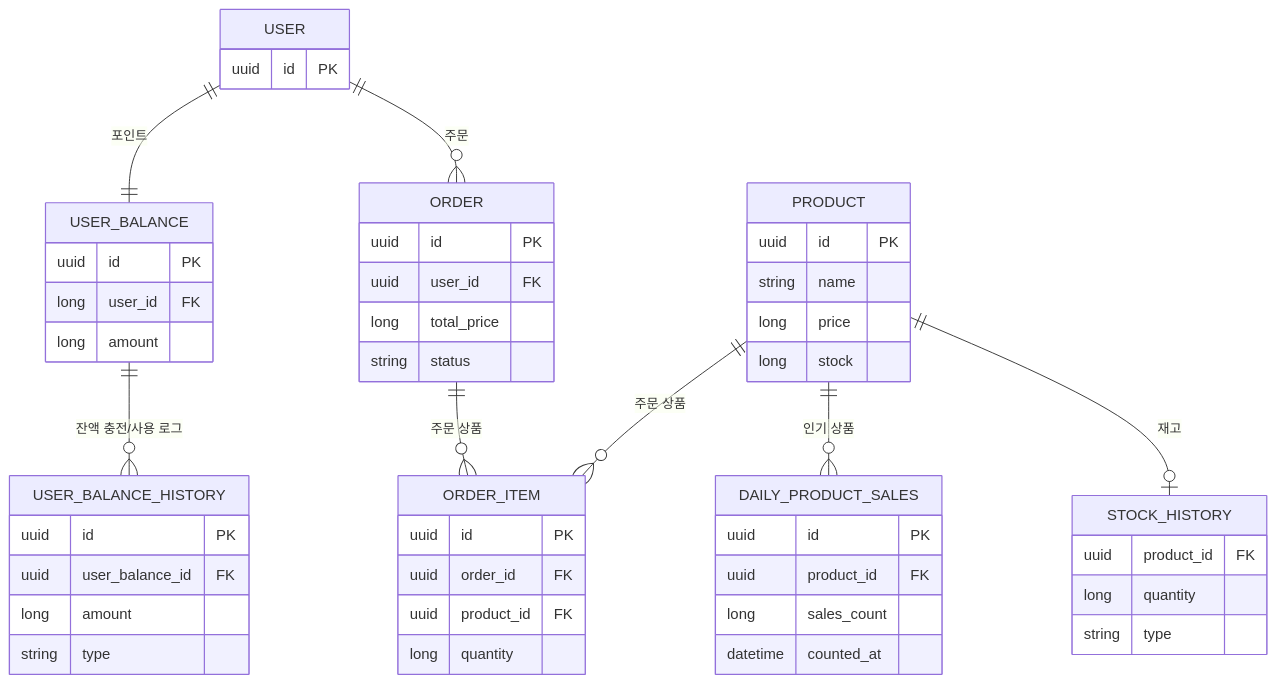
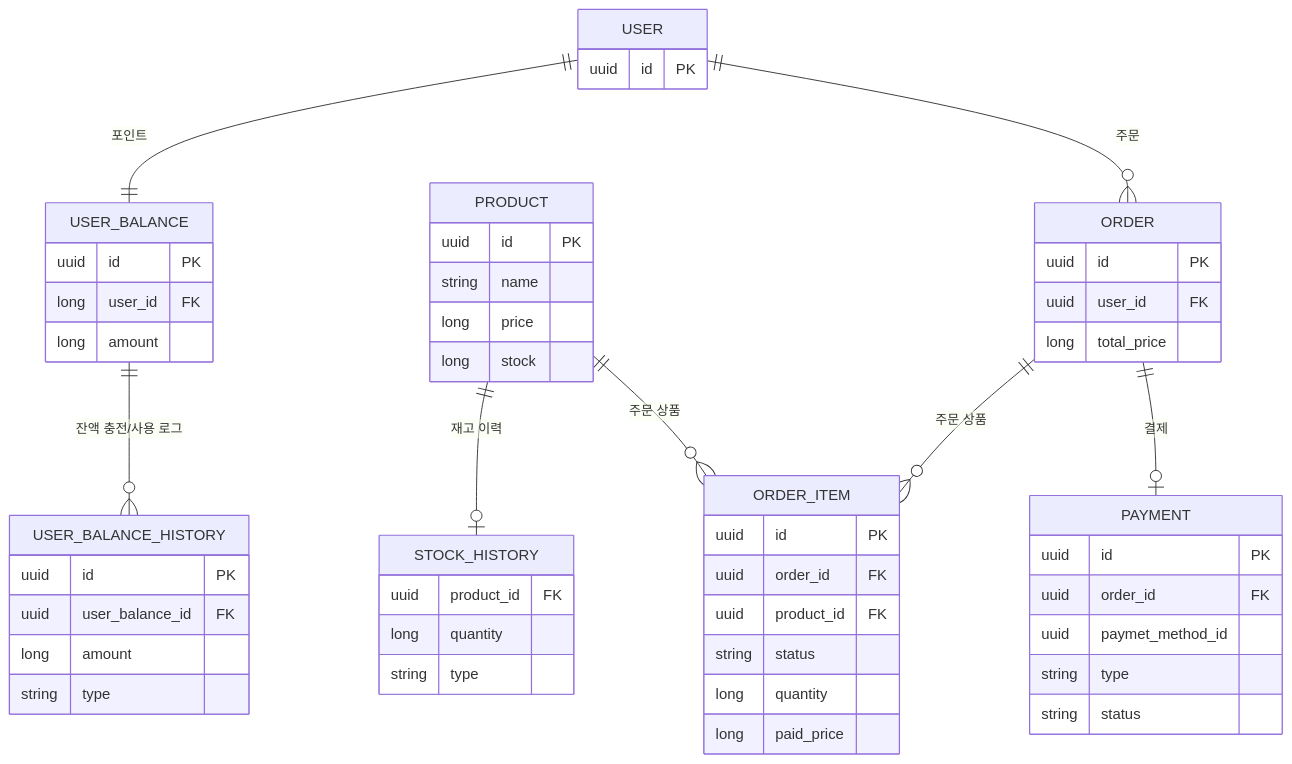
One commit to newbieJanghan/hh_plus_server changed the second of 2 diagrams in README.md. Above: the diagram before and after it, drawn with Mermaid.

Commit message:
Docs: ERD 수정

````diff
--- a/README.md
+++ b/README.md
@@ -63,53 +63,55 @@
 ```mermaid
 erDiagram
     USER {
         uuid id PK
     }
     USER_BALANCE {
         uuid id PK
         long user_id FK
         long amount
     }
     USER_BALANCE_HISTORY {
         uuid id PK
         uuid user_balance_id FK
         long amount
         string type
     }
     PRODUCT {
         uuid id PK
         string name
         long price
         long stock
     }
     STOCK_HISTORY {
         uuid product_id FK
         long quantity
         string type
     }
     ORDER {
         uuid id PK
         uuid user_id FK
         long total_price
-        string status
     }
     ORDER_ITEM {
         uuid id PK
         uuid order_id FK
         uuid product_id FK
+        string status
         long quantity
+        long paid_price
     }
-    DAILY_PRODUCT_SALES {
+    PAYMENT {
         uuid id PK
-        uuid product_id FK
-        long sales_count
-        datetime counted_at
+        uuid order_id FK
+        uuid paymet_method_id
+        string type
+        string status
     }
     USER ||--|| USER_BALANCE: "포인트"
     USER_BALANCE ||--o{ USER_BALANCE_HISTORY: "잔액 충전/사용 로그"
     USER ||--o{ ORDER: "주문"
     ORDER ||--o{ ORDER_ITEM: "주문 상품"
-    PRODUCT ||--o{ DAILY_PRODUCT_SALES: "인기 상품"
     PRODUCT ||--o{ ORDER_ITEM: "주문 상품"
-    PRODUCT ||--o| STOCK_HISTORY: "재고"
+    PRODUCT ||--o| STOCK_HISTORY: "재고 이력"
+    ORDER ||--o| PAYMENT: "결제"
 ```
````
